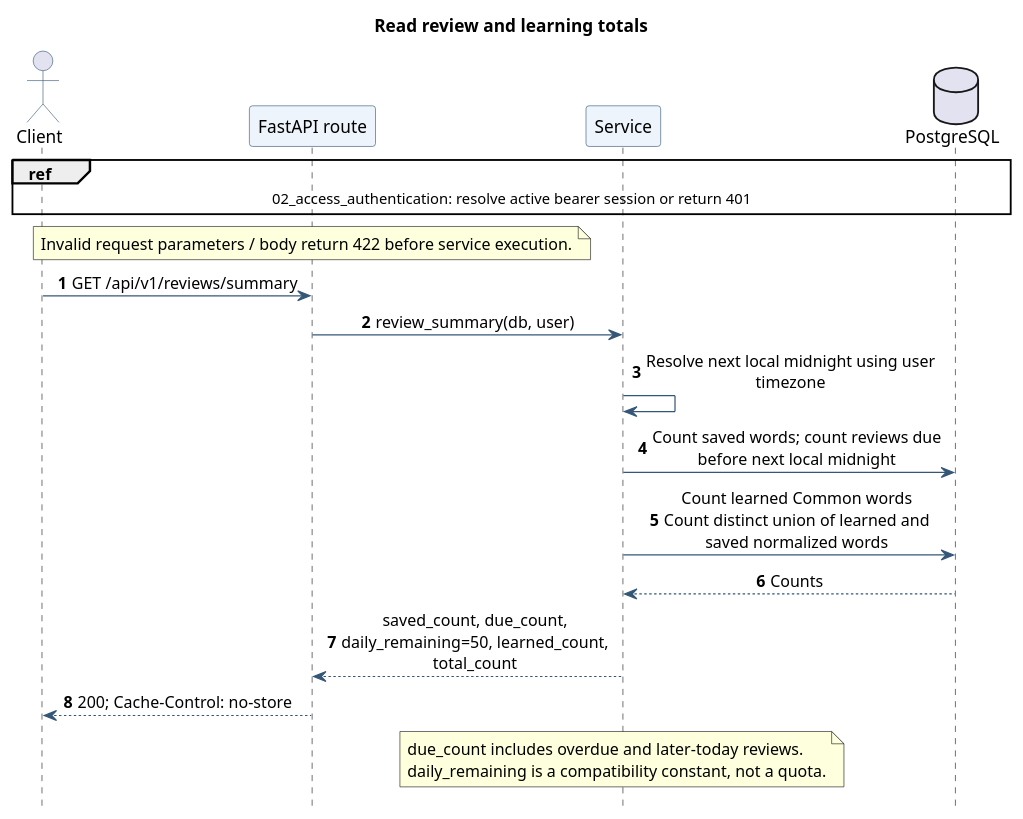
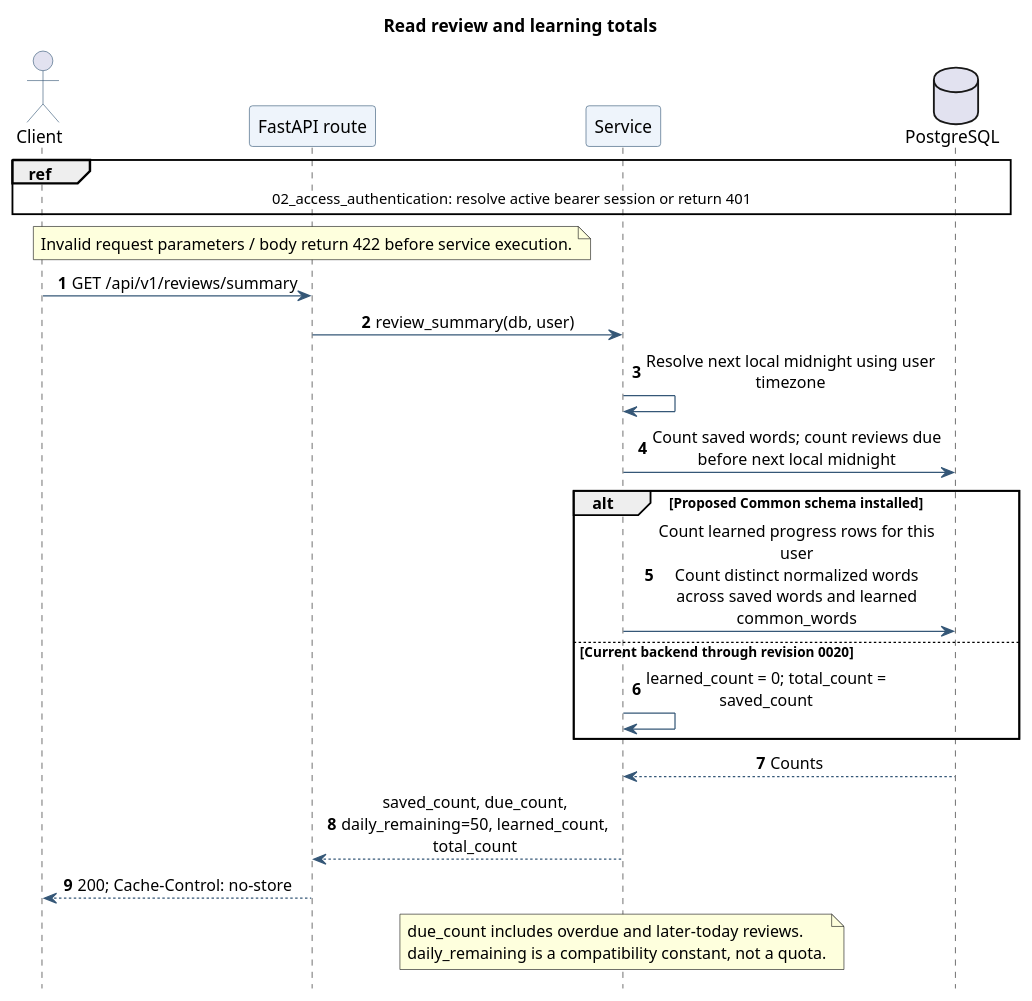
The diagram in docs/diagrams/sequence_diagrams/13_reviews_summary.puml (jerrynguyen0210/english-vocab-app), drawn with PlantUML before and after one commit. The commit also changed 93 other files, not shown here.

```diff
--- a/docs/diagrams/sequence_diagrams/13_reviews_summary.puml
+++ b/docs/diagrams/sequence_diagrams/13_reviews_summary.puml
@@ -1,36 +1,40 @@
 @startuml
 skinparam shadowing false
 skinparam defaultFontName SansSerif
 skinparam sequenceMessageAlign center
 skinparam maxMessageSize 240
 skinparam ParticipantBackgroundColor #EEF4FB
 skinparam ParticipantBorderColor #355777
 skinparam ActorBorderColor #355777
 skinparam ArrowColor #355777
 hide footbox
 autonumber
 title Read review and learning totals
 
 ' Sources relative to repository root:
 ' backend/app/api/routes/reviews.py
 ' backend/app/services/reviews/service.py
 ' backend/app/services/reviews/queries.py
 ' backend/app/core/time.py
 
 actor Client
 participant "FastAPI route" as API
 participant "Service" as S
 database PostgreSQL as DB
 ref over Client, DB : 02_access_authentication: resolve active bearer session or return 401
 note over API : Invalid request parameters / body return 422 before service execution.
 
 Client -> API : GET /api/v1/reviews/summary
 API -> S : review_summary(db, user)
 S -> S : Resolve next local midnight using user timezone
 S -> DB : Count saved words; count reviews due before next local midnight
-S -> DB : Count learned Common words\nCount distinct union of learned and saved normalized words
+alt Proposed Common schema installed
+  S -> DB : Count learned progress rows for this user\nCount distinct normalized words across saved words and learned common_words
+else Current backend through revision 0020
+  S -> S : learned_count = 0; total_count = saved_count
+end
 DB --> S : Counts
 S --> API : saved_count, due_count, daily_remaining=50, learned_count, total_count
 API --> Client : 200; Cache-Control: no-store
 note over S : due_count includes overdue and later-today reviews.\ndaily_remaining is a compatibility constant, not a quota.
 @enduml
```
